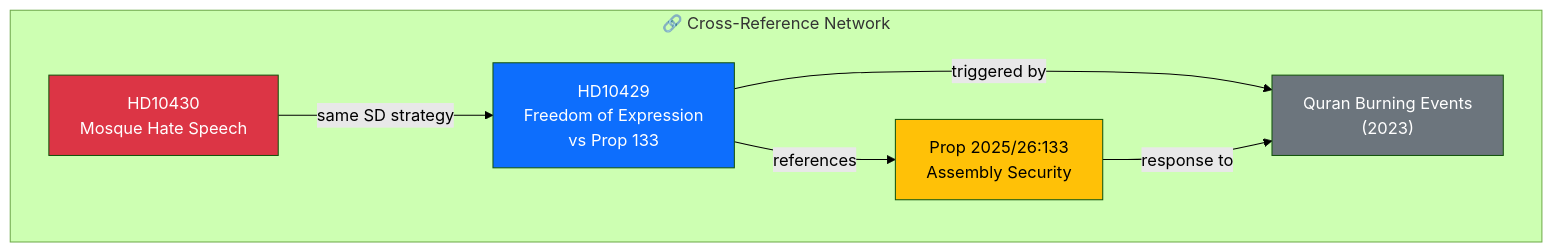
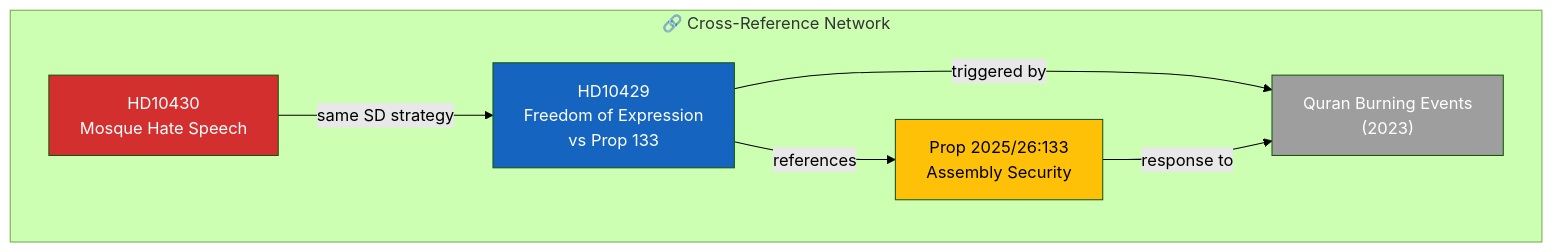
The diagram in analysis/daily/2026-04-08/interpellations/cross-reference-map.md (Hack23/riksdagsmonitor), drawn with Mermaid (forest theme) before and after one commit. The commit also changed 785 other files, not shown here.

First line of the commit message:
Normalize mermaid colors across 786 analysis artifacts to ISMS Style Guide palette

````diff
--- a/analysis/daily/2026-04-08/interpellations/cross-reference-map.md
+++ b/analysis/daily/2026-04-08/interpellations/cross-reference-map.md
@@ -15,18 +15,18 @@
 ```mermaid
 graph TD
     subgraph "🔗 Cross-Reference Network"
         HD10429["HD10429<br/>Freedom of Expression<br/>vs Prop 133"]
         HD10430["HD10430<br/>Mosque Hate Speech"]
         PROP133["Prop 2025/26:133<br/>Assembly Security"]
         QURAN["Quran Burning Events<br/>(2023)"]
         
         HD10429 -->|"references"| PROP133
         HD10429 -->|"triggered by"| QURAN
         HD10430 -->|"same SD strategy"| HD10429
         PROP133 -->|"response to"| QURAN
     end
-    style HD10429 fill:#0d6efd,color:#fff
-    style HD10430 fill:#dc3545,color:#fff
-    style PROP133 fill:#ffc107,color:#000
-    style QURAN fill:#6c757d,color:#fff
+    style HD10429 fill:#1565C0,color:#FFFFFF
+    style HD10430 fill:#D32F2F,color:#FFFFFF
+    style PROP133 fill:#FFC107,color:#000000
+    style QURAN fill:#9E9E9E,color:#FFFFFF
 ```
````
